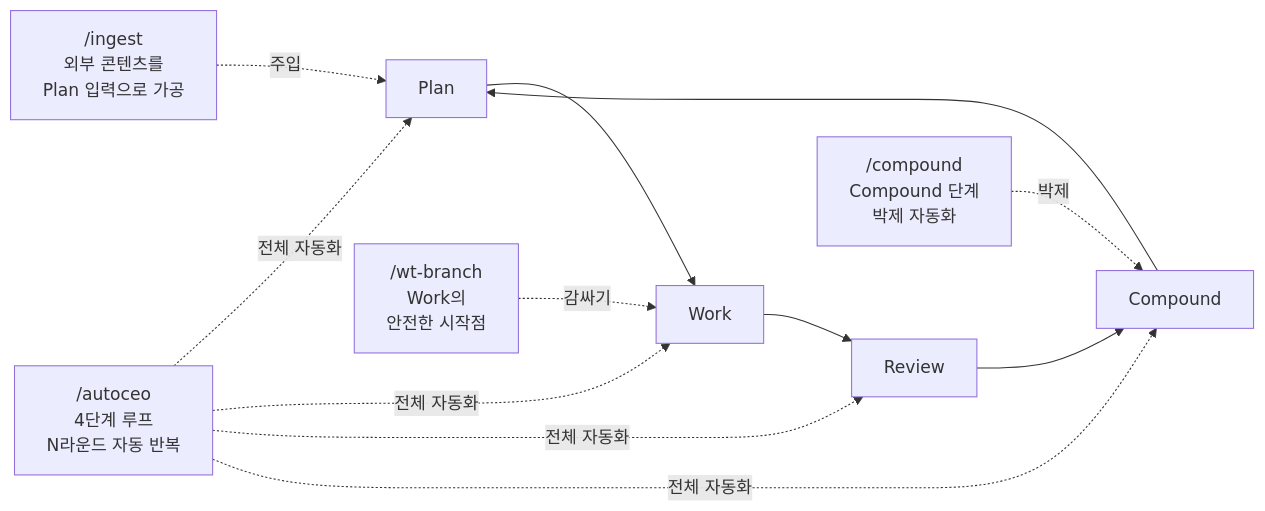
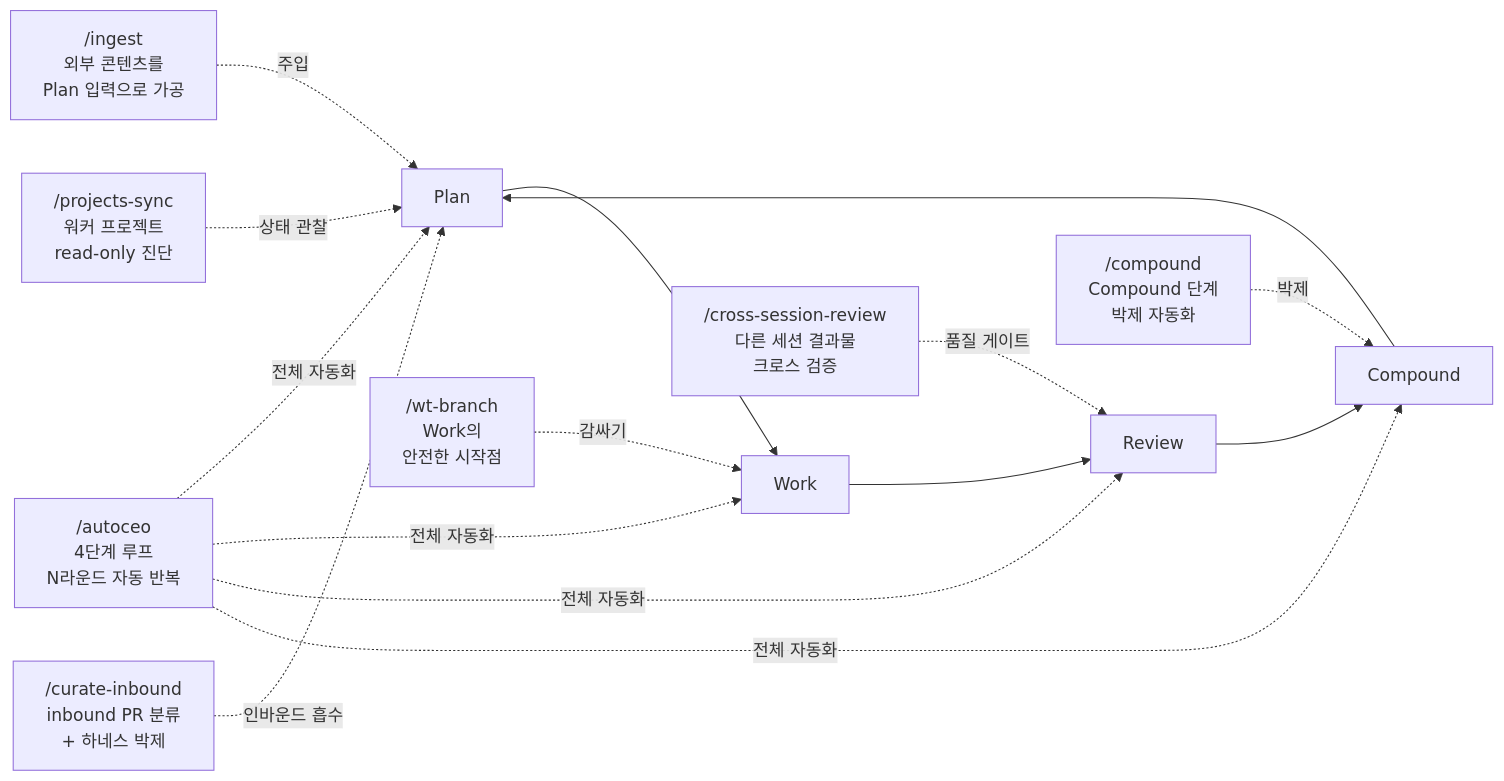
One commit to Mino777/ai-study changed the diagram in content/harness-engineering/compound-automation-slash-commands.mdx. Above: the diagram before and after it, drawn with Mermaid. The commit also changed other lines of this file and 5 other files, not shown here.

````diff
--- a/content/harness-engineering/compound-automation-slash-commands.mdx
+++ b/content/harness-engineering/compound-automation-slash-commands.mdx
@@ -51,22 +54,28 @@
 ```mermaid
 flowchart LR
   P["Plan"]
   W["Work"]
   R["Review"]
   C["Compound"]
 
   P --> W --> R --> C --> P
 
   ingest["/ingest<br/>외부 콘텐츠를<br/>Plan 입력으로 가공"]
   wt["/wt-branch<br/>Work의<br/>안전한 시작점"]
   compound["/compound<br/>Compound 단계<br/>박제 자동화"]
   autoceo["/autoceo<br/>4단계 루프<br/>N라운드 자동 반복"]
+  psync["/projects-sync<br/>워커 프로젝트<br/>read-only 진단"]
+  curate["/curate-inbound<br/>inbound PR 분류<br/>+ 하네스 박제"]
+  csr["/cross-session-review<br/>다른 세션 결과물<br/>크로스 검증"]
 
   ingest -. "주입" .-> P
   wt -. "감싸기" .-> W
   compound -. "박제" .-> C
   autoceo -. "전체 자동화" .-> P
   autoceo -. "전체 자동화" .-> W
   autoceo -. "전체 자동화" .-> R
   autoceo -. "전체 자동화" .-> C
+  psync -. "상태 관찰" .-> P
+  curate -. "인바운드 흡수" .-> P
+  csr -. "품질 게이트" .-> R
 ```
````
